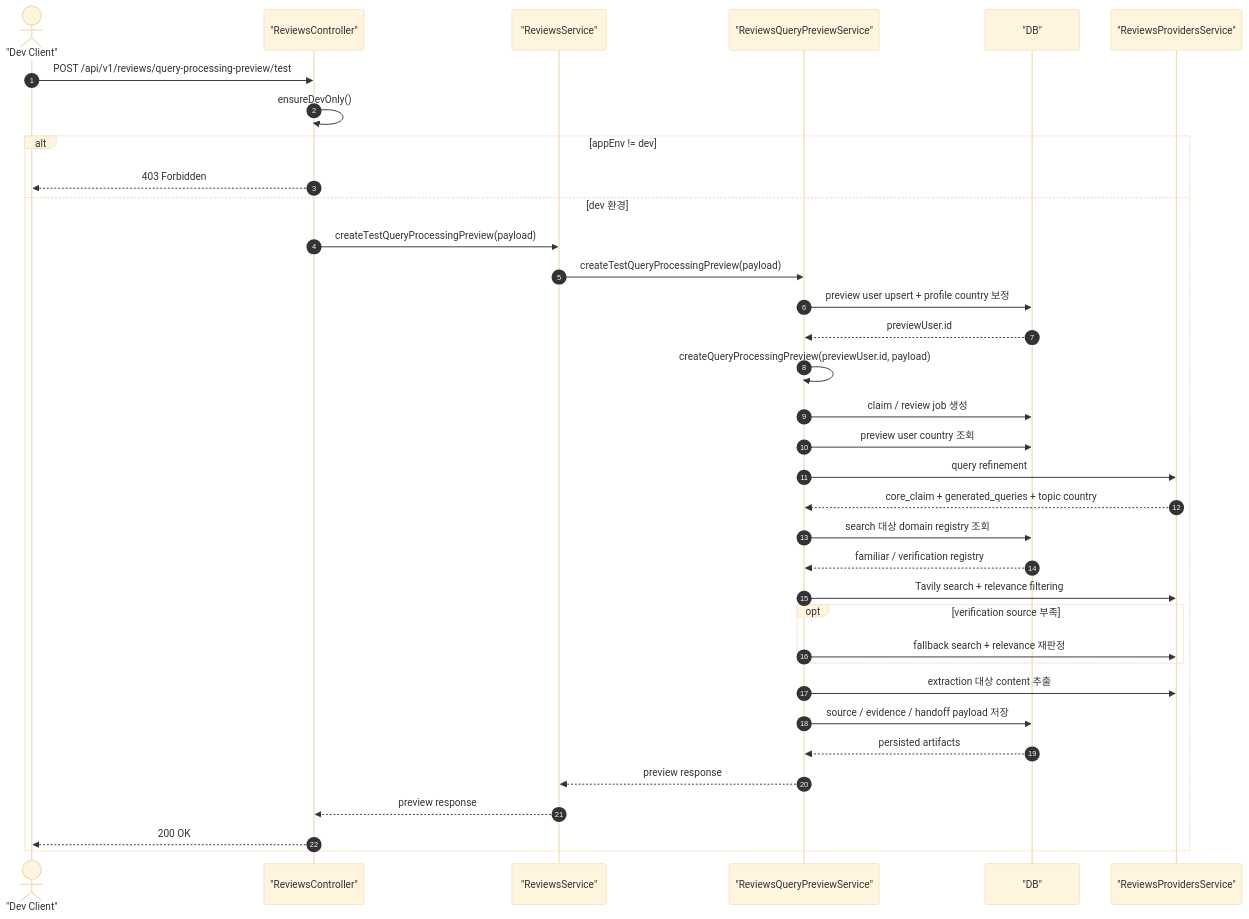
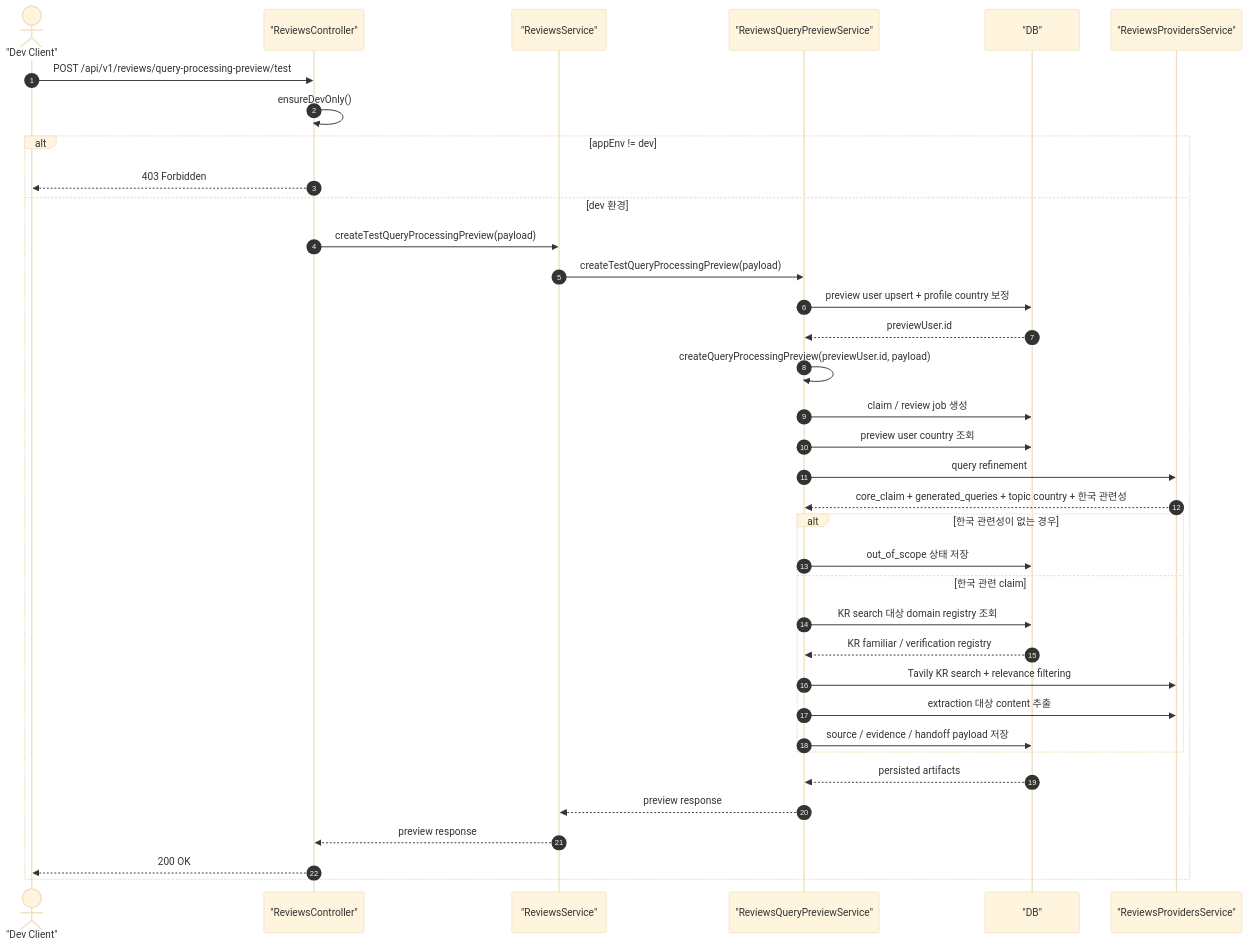
The second of 2 diagrams in docs/review-query-processing.md (dyjeong576/varo), drawn with Mermaid (base theme) before and after one commit. The commit also changed other lines of this file and 29 other files, not shown here.

````diff
--- a/docs/review-query-processing.md
+++ b/docs/review-query-processing.md
@@ -183,39 +184,40 @@
 ```mermaid
 sequenceDiagram
     autonumber
     actor DevClient as "Dev Client"
     participant Controller as "ReviewsController"
     participant ReviewsService as "ReviewsService"
     participant QueryPreviewService as "ReviewsQueryPreviewService"
     participant DB as "DB"
     participant Providers as "ReviewsProvidersService"
 
     DevClient->>Controller: POST /api/v1/reviews/query-processing-preview/test
     Controller->>Controller: ensureDevOnly()
 
     alt appEnv != dev
         Controller-->>DevClient: 403 Forbidden
     else dev 환경
         Controller->>ReviewsService: createTestQueryProcessingPreview(payload)
         ReviewsService->>QueryPreviewService: createTestQueryProcessingPreview(payload)
         QueryPreviewService->>DB: preview user upsert + profile country 보정
         DB-->>QueryPreviewService: previewUser.id
         QueryPreviewService->>QueryPreviewService: createQueryProcessingPreview(previewUser.id, payload)
         QueryPreviewService->>DB: claim / review job 생성
         QueryPreviewService->>DB: preview user country 조회
         QueryPreviewService->>Providers: query refinement
-        Providers-->>QueryPreviewService: core_claim + generated_queries + topic country
-        QueryPreviewService->>DB: search 대상 domain registry 조회
-        DB-->>QueryPreviewService: familiar / verification registry
-        QueryPreviewService->>Providers: Tavily search + relevance filtering
-        opt verification source 부족
-            QueryPreviewService->>Providers: fallback search + relevance 재판정
+        Providers-->>QueryPreviewService: core_claim + generated_queries + topic country + 한국 관련성
+        alt 한국 관련성이 없는 경우
+            QueryPreviewService->>DB: out_of_scope 상태 저장
+        else 한국 관련 claim
+            QueryPreviewService->>DB: KR search 대상 domain registry 조회
+            DB-->>QueryPreviewService: KR familiar / verification registry
+            QueryPreviewService->>Providers: Tavily KR search + relevance filtering
+            QueryPreviewService->>Providers: extraction 대상 content 추출
+            QueryPreviewService->>DB: source / evidence / handoff payload 저장
         end
-        QueryPreviewService->>Providers: extraction 대상 content 추출
-        QueryPreviewService->>DB: source / evidence / handoff payload 저장
         DB-->>QueryPreviewService: persisted artifacts
         QueryPreviewService-->>ReviewsService: preview response
         ReviewsService-->>Controller: preview response
         Controller-->>DevClient: 200 OK
     end
 ```
````
